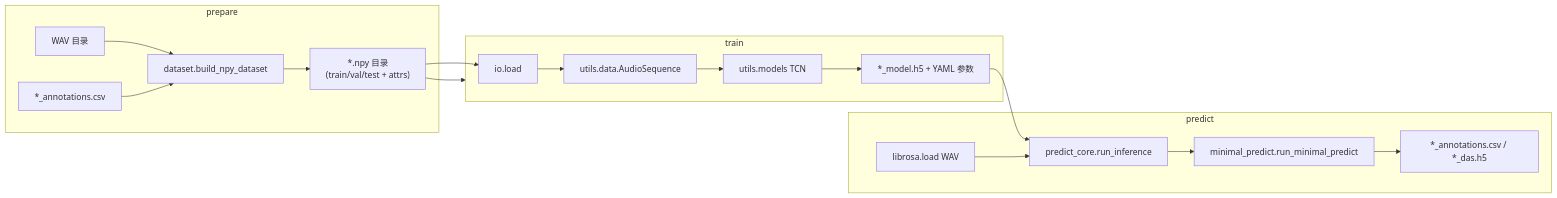
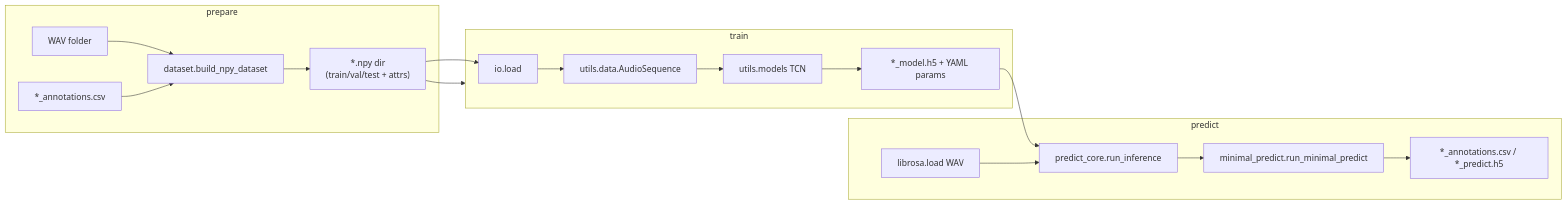
The diagram in deepLearning/PIPELINE_FLOW.md (nele7777777/Birdsong-project), drawn with Mermaid before and after one commit. The commit also changed other lines of this file and 68 other files, not shown here.

````diff
--- a/deepLearning/PIPELINE_FLOW.md
+++ b/deepLearning/PIPELINE_FLOW.md
@@ -7,28 +7,28 @@
 ```mermaid
 flowchart LR
   subgraph prepare["prepare"]
-    W[WAV 目录]
+    W[WAV folder]
     A["*_annotations.csv"]
     D["dataset.build_npy_dataset"]
-    N["*.npy 目录\n(train/val/test + attrs)"]
+    N["*.npy dir\n(train/val/test + attrs)"]
     W --> D
     A --> D
     D --> N
   end
   subgraph train["train"]
     IO["io.load"]
     SEQ["utils.data.AudioSequence"]
     TC["utils.models TCN"]
-    CK["*_model.h5 + YAML 参数"]
+    CK["*_model.h5 + YAML params"]
     N --> IO --> SEQ --> TC --> CK
   end
   subgraph predict["predict"]
     LB["librosa.load WAV"]
     INF["predict_core.run_inference"]
     MP["minimal_predict.run_minimal_predict"]
-    OUT["*_annotations.csv / *_das.h5"]
+    OUT["*_annotations.csv / *_predict.h5"]
     CK --> INF
     LB --> INF --> MP --> OUT
   end
   N --> train
 ```
````
